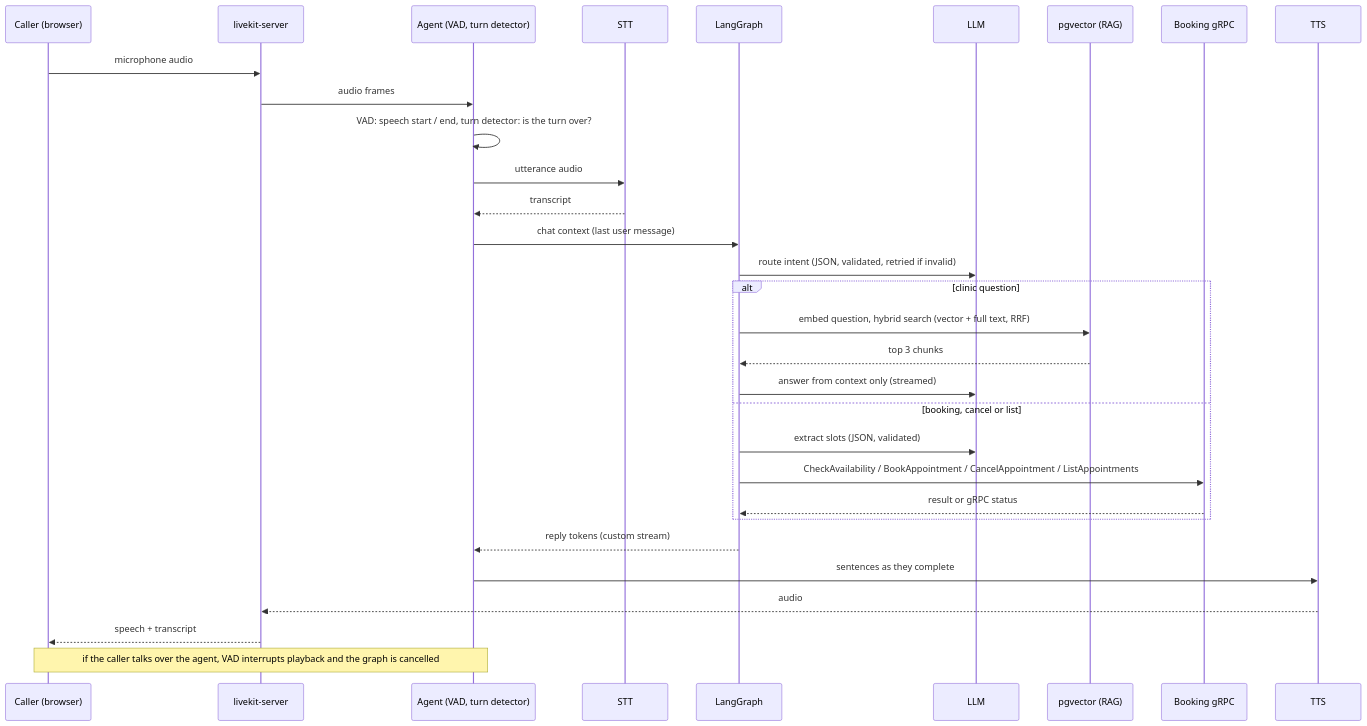
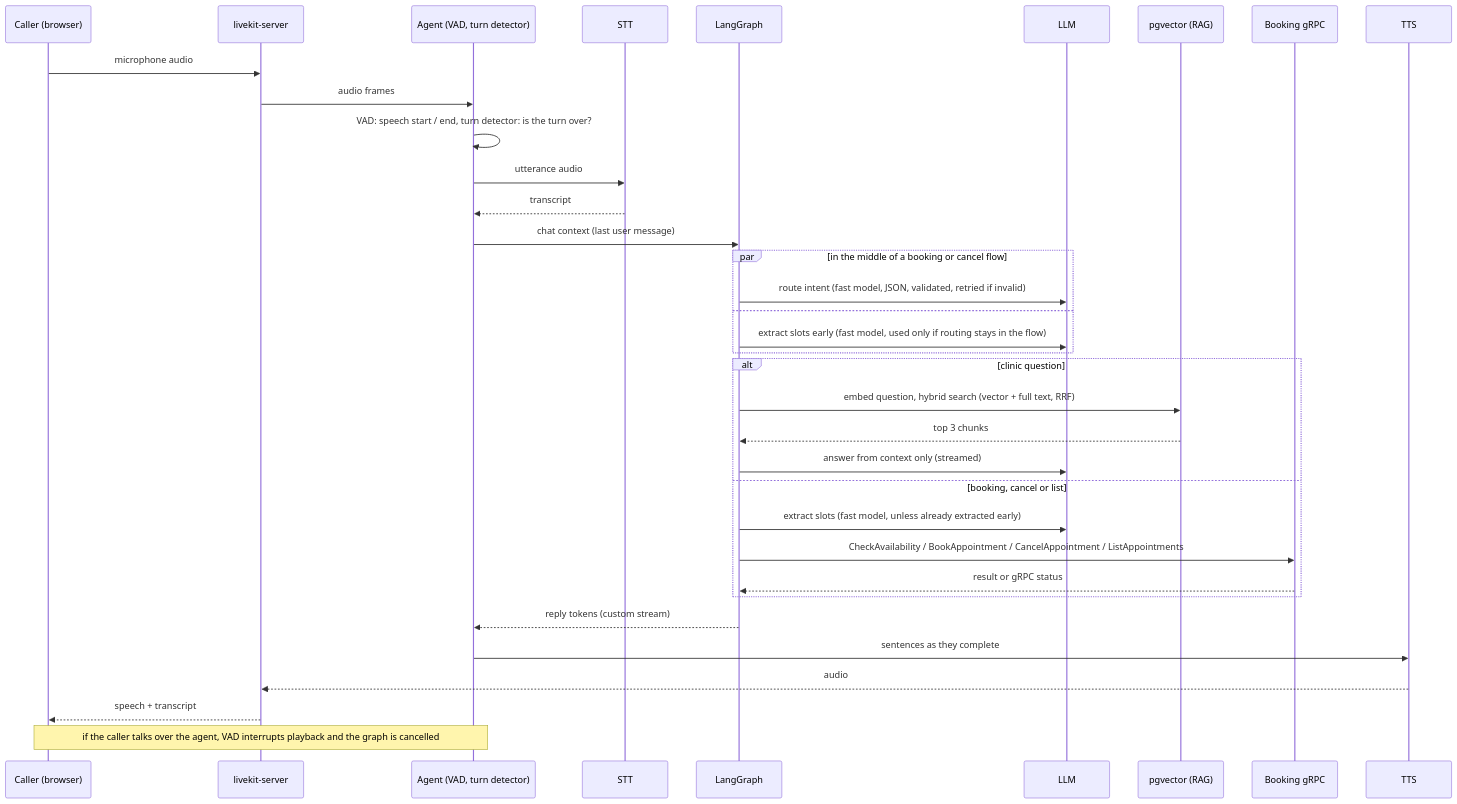
Before and after one commit to okba-bouziane/VoiceDesk: the second of 2 diagrams in README.md, drawn with Mermaid. The commit also changed other lines of this file and 16 other files, not shown here.

````diff
--- a/README.md
+++ b/README.md
@@ -59,33 +60,37 @@
 ```mermaid
 sequenceDiagram
     participant U as Caller (browser)
     participant L as livekit-server
     participant A as Agent (VAD, turn detector)
     participant S as STT
     participant G as LangGraph
     participant M as LLM
     participant R as pgvector (RAG)
     participant B as Booking gRPC
     participant T as TTS
     U->>L: microphone audio
     L->>A: audio frames
     A->>A: VAD: speech start / end, turn detector: is the turn over?
     A->>S: utterance audio
     S-->>A: transcript
     A->>G: chat context (last user message)
-    G->>M: route intent (JSON, validated, retried if invalid)
+    par in the middle of a booking or cancel flow
+        G->>M: route intent (fast model, JSON, validated, retried if invalid)
+    and
+        G->>M: extract slots early (fast model, used only if routing stays in the flow)
+    end
     alt clinic question
         G->>R: embed question, hybrid search (vector + full text, RRF)
         R-->>G: top 3 chunks
         G->>M: answer from context only (streamed)
     else booking, cancel or list
-        G->>M: extract slots (JSON, validated)
+        G->>M: extract slots (fast model, unless already extracted early)
         G->>B: CheckAvailability / BookAppointment / CancelAppointment / ListAppointments
         B-->>G: result or gRPC status
     end
     G-->>A: reply tokens (custom stream)
     A->>T: sentences as they complete
     T-->>L: audio
     L-->>U: speech + transcript
     Note over U,A: if the caller talks over the agent, VAD interrupts playback and the graph is cancelled
 ```
````
